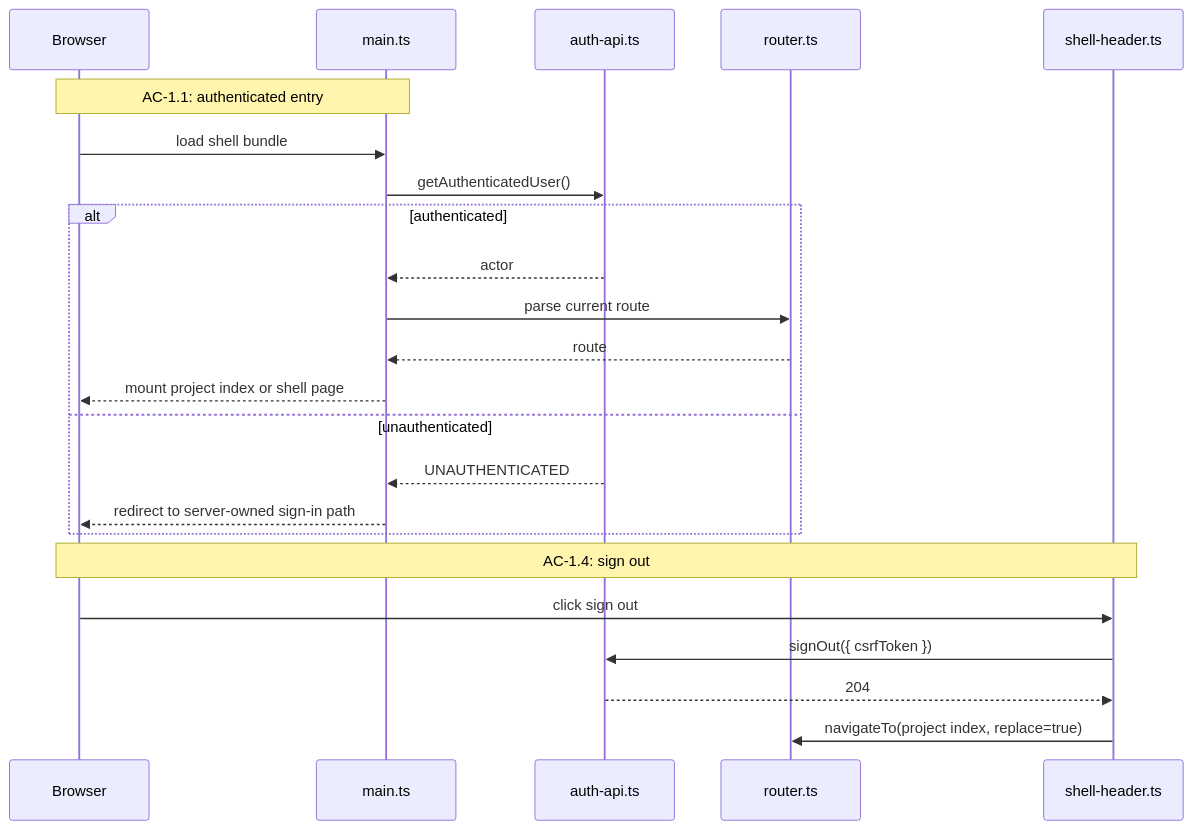
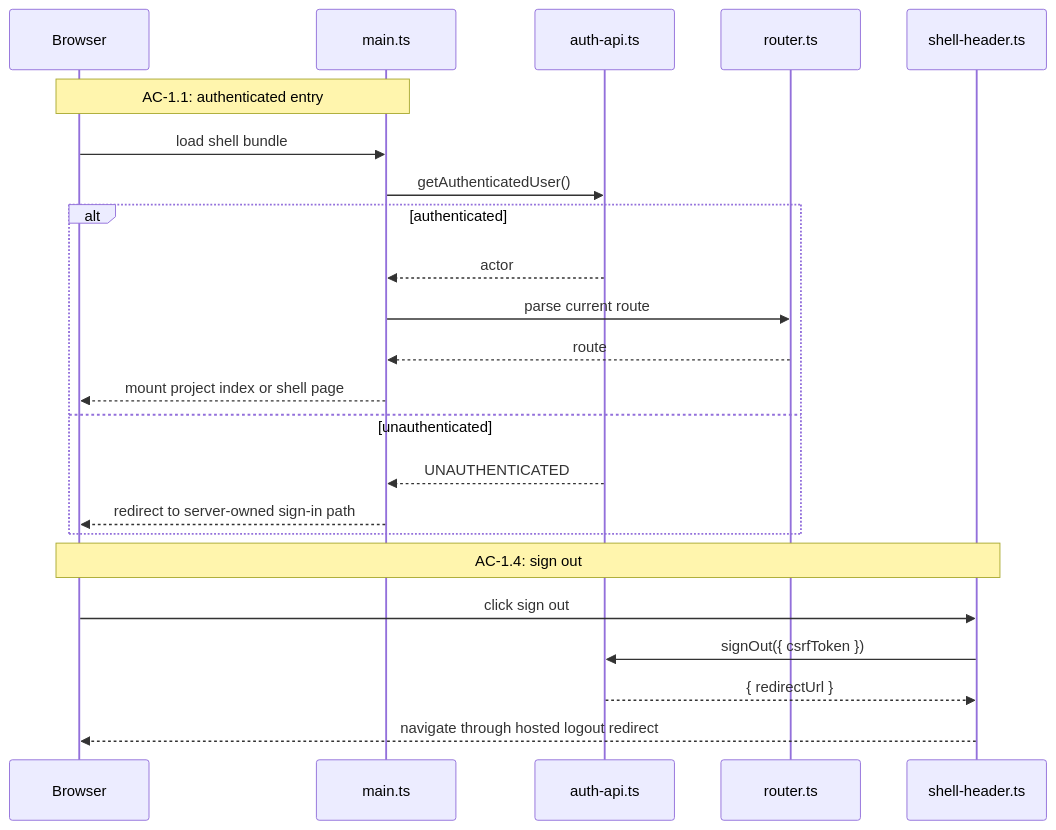
One commit to liminal-ai/liminal-build changed the first of 4 diagrams in docs/spec-build/v2/epics/01--project-and-process-shell/tech-design-client.md. Above: the diagram before and after it, drawn with Mermaid. The commit also changed other lines of this file and 17 other files, not shown here.

````diff
--- a/docs/spec-build/v2/epics/01--project-and-process-shell/tech-design-client.md
+++ b/docs/spec-build/v2/epics/01--project-and-process-shell/tech-design-client.md
@@ -253,27 +253,27 @@
 ```mermaid
 sequenceDiagram
     participant Browser
     participant Main as main.ts
     participant AuthApi as auth-api.ts
     participant Router as router.ts
     participant Header as shell-header.ts
 
     Note over Browser,Main: AC-1.1: authenticated entry
     Browser->>Main: load shell bundle
     Main->>AuthApi: getAuthenticatedUser()
     alt authenticated
         AuthApi-->>Main: actor
         Main->>Router: parse current route
         Router-->>Main: route
         Main-->>Browser: mount project index or shell page
     else unauthenticated
         AuthApi-->>Main: UNAUTHENTICATED
         Main-->>Browser: redirect to server-owned sign-in path
     end
 
     Note over Browser,Header: AC-1.4: sign out
     Browser->>Header: click sign out
     Header->>AuthApi: signOut({ csrfToken })
-    AuthApi-->>Header: 204
-    Header->>Router: navigateTo(project index, replace=true)
+    AuthApi-->>Header: { redirectUrl }
+    Header-->>Browser: navigate through hosted logout redirect
 ```
````
